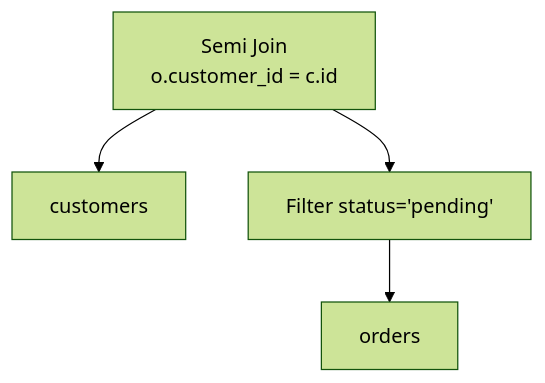
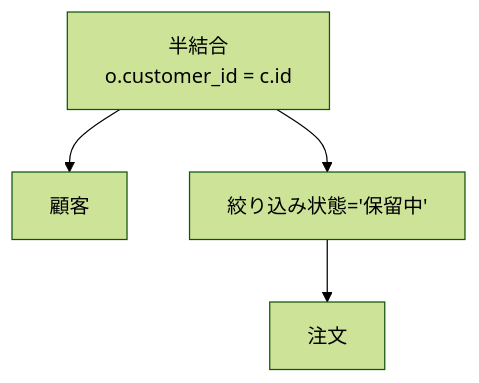
The fifth of 5 diagrams in src/content/docs/03-query-processing/06-sql-logical-plans.md (hirunebot/database-systems-book), drawn with Mermaid (forest theme) before and after one commit. The commit also changed other lines of this file and 42 other files, not shown here.

````diff
--- a/src/content/docs/03-query-processing/06-sql-logical-plans.md
+++ b/src/content/docs/03-query-processing/06-sql-logical-plans.md
@@ -268,10 +268,10 @@
 ```mermaid
 flowchart TB
-    SJ["Semi Join<br/>o.customer_id = c.id"]
-    C["customers"]
-    F["Filter status='pending'"]
-    O["orders"]
+    SJ["半結合<br/>o.customer_id = c.id"]
+    C["顧客"]
+    F["絞り込み状態='保留中'"]
+    O["注文"]
     SJ --> C
     SJ --> F
     F --> O
 ```
````
